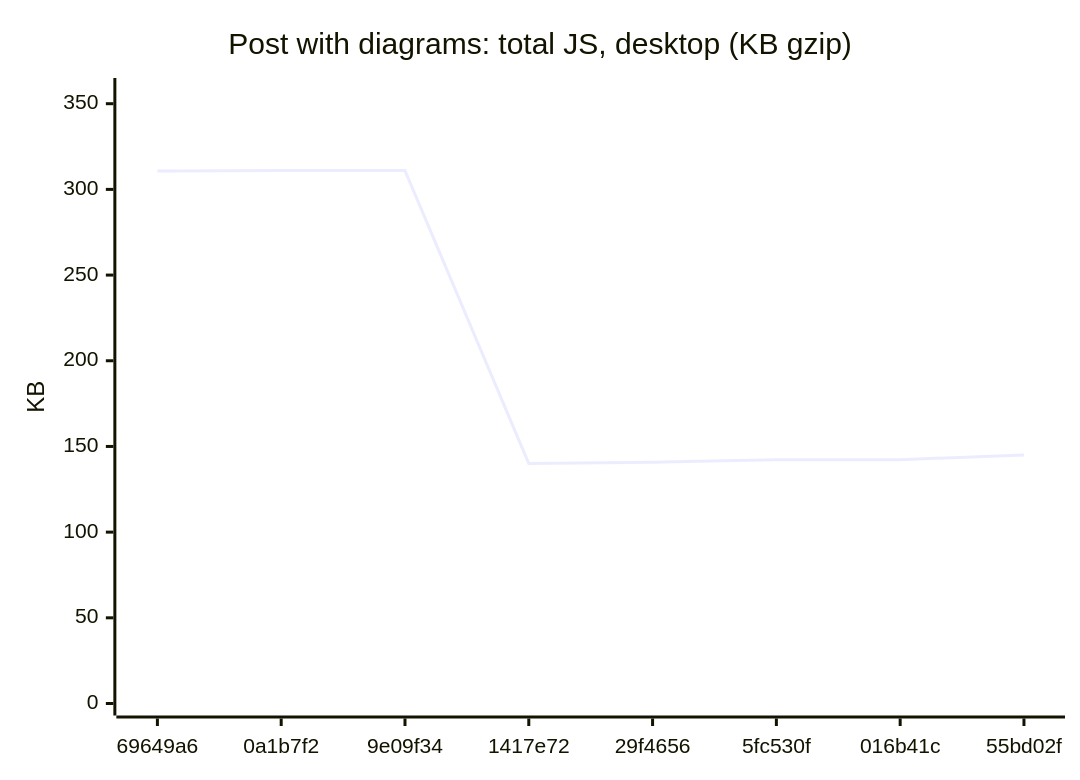
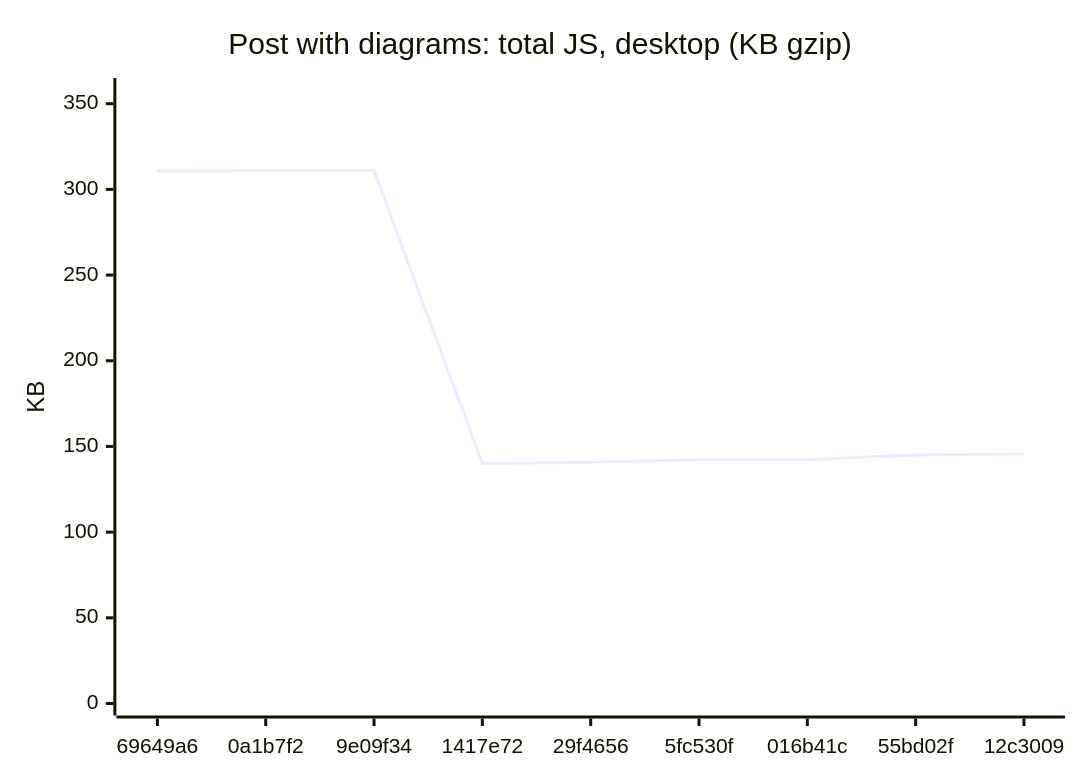
Diagram 15 of 18 in README.md (AxelUser/maltsev.space), drawn with Mermaid before and after one commit. The commit also changed other lines of this file and 1 other file, not shown here.

````diff
--- a/README.md
+++ b/README.md
@@ -161,7 +161,7 @@
 ```mermaid
 xychart-beta
   title "Post with diagrams: total JS, desktop (KB gzip)"
-  x-axis ["69649a6", "0a1b7f2", "9e09f34", "1417e72", "29f4656", "5fc530f", "016b41c", "55bd02f"]
+  x-axis ["69649a6", "0a1b7f2", "9e09f34", "1417e72", "29f4656", "5fc530f", "016b41c", "55bd02f", "12c3009"]
   y-axis "KB" 0 --> 358
-  line [310.7, 311, 311, 140, 140.8, 142.3, 142.3, 145]
+  line [310.7, 311, 311, 140, 140.8, 142.3, 142.3, 145, 145.6]
 ```
````
